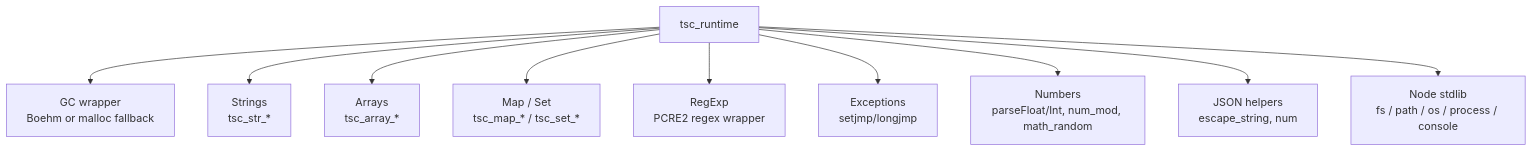
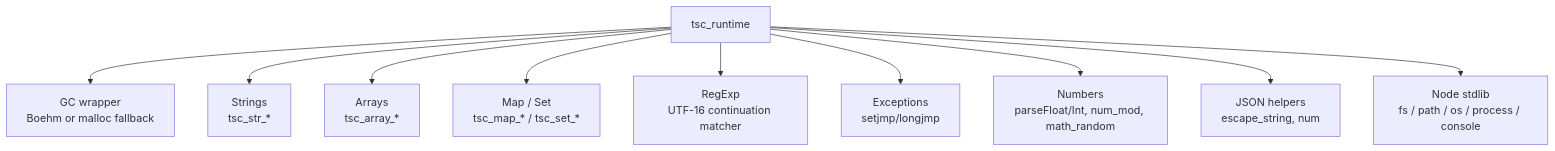
Before and after one commit to adamdroberts/TypeScriptCTranspiler: the sixth of 7 diagrams in docs/architecture.md, drawn with Mermaid. The commit also changed other lines of this file and 30 other files, not shown here.

Commit message:
Replace PCRE RegExp lowering with a canonical UTF-16 engine

````diff
--- a/docs/architecture.md
+++ b/docs/architecture.md
@@ -164,13 +164,13 @@
 ```mermaid
 flowchart TD
     RT[tsc_runtime]
     RT --> GC[GC wrapper<br/>Boehm or malloc fallback]
     RT --> STR[Strings<br/>tsc_str_*]
     RT --> ARR[Arrays<br/>tsc_array_*]
     RT --> MS[Map / Set<br/>tsc_map_* / tsc_set_*]
-    RT --> REG[RegExp<br/>PCRE2 regex wrapper]
+    RT --> REG[RegExp<br/>UTF-16 continuation matcher]
     RT --> EX[Exceptions<br/>setjmp/longjmp]
     RT --> NUM[Numbers<br/>parseFloat/Int, num_mod, math_random]
     RT --> JSON[JSON helpers<br/>escape_string, num]
     RT --> NODE[Node stdlib<br/>fs / path / os / process / console]
 ```
````
